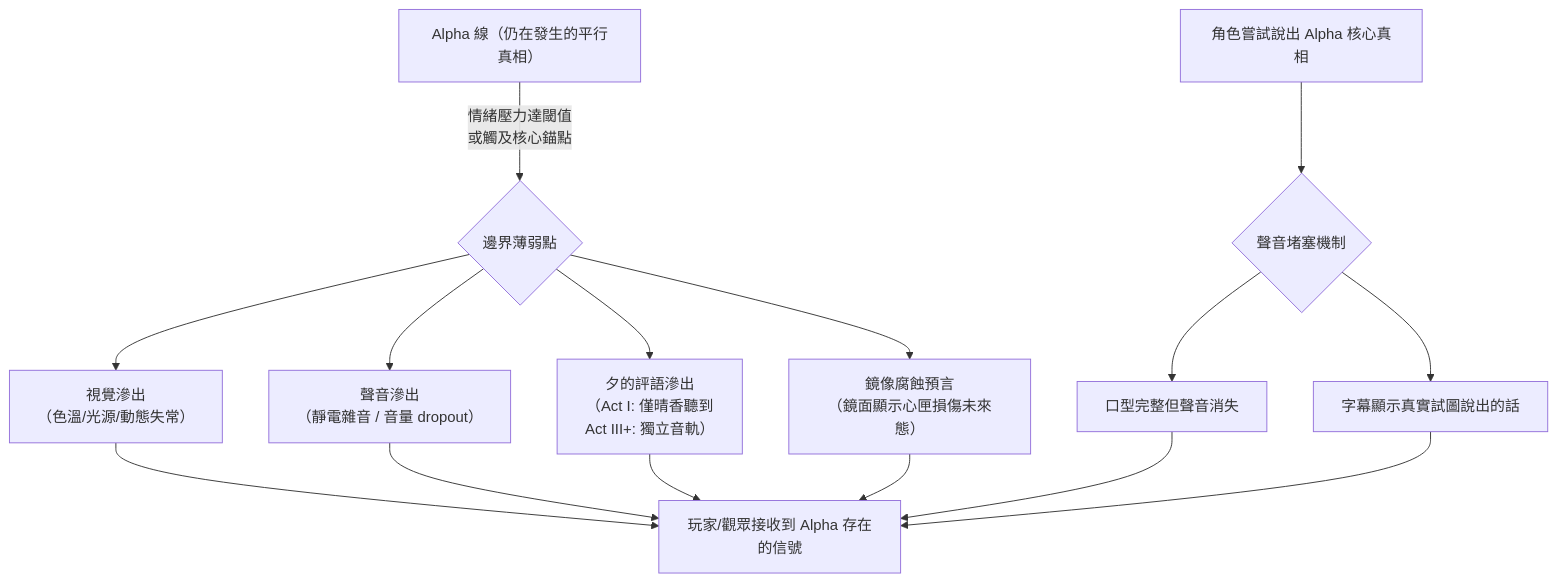
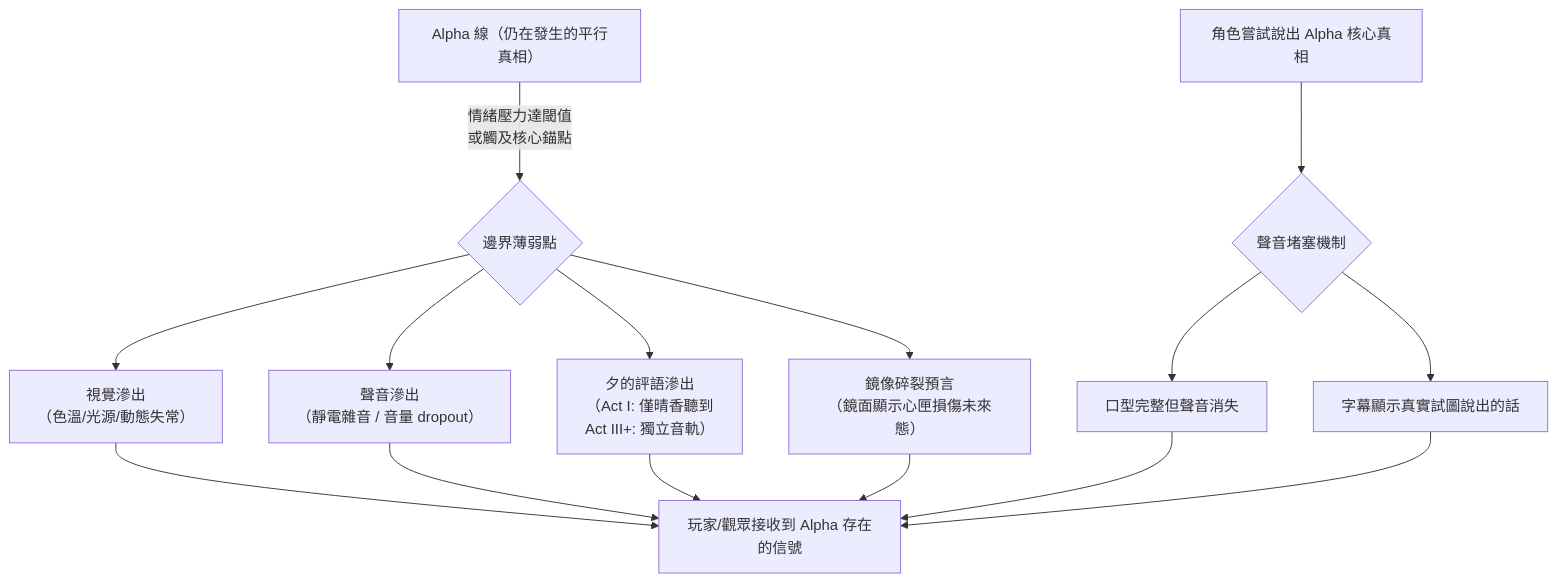
Before and after one commit to gsm041039/ProjectHarukaDocument: the diagram in canon/01_world_rules_and_costs.md, drawn with Mermaid. The commit also changed other lines of this file and 37 other files, not shown here.

````diff
--- a/canon/01_world_rules_and_costs.md
+++ b/canon/01_world_rules_and_costs.md
@@ -286,15 +278,15 @@
 ```mermaid
 flowchart TD
     A["Alpha 線（仍在發生的平行真相）"] -->|情緒壓力達閾值\n或觸及核心錨點| B{"邊界薄弱點"}
     B --> C["視覺滲出\n（色溫/光源/動態失常）"]
     B --> D["聲音滲出\n（靜電雜音 / 音量 dropout）"]
     B --> E["夕的評語滲出\n（Act I: 僅晴香聽到\nAct III+: 獨立音軌）"]
-    B --> F["鏡像腐蝕預言\n（鏡面顯示心匣損傷未來態）"]
+    B --> F["鏡像碎裂預言\n（鏡面顯示心匣損傷未來態）"]
 
     G["角色嘗試說出 Alpha 核心真相"] --> H{"聲音堵塞機制"}
     H --> I["口型完整但聲音消失"]
     H --> J["字幕顯示真實試圖說出的話"]
 
     C & D & E & F --> K["玩家/觀眾接收到 Alpha 存在的信號"]
     I & J --> K
 ```
````
